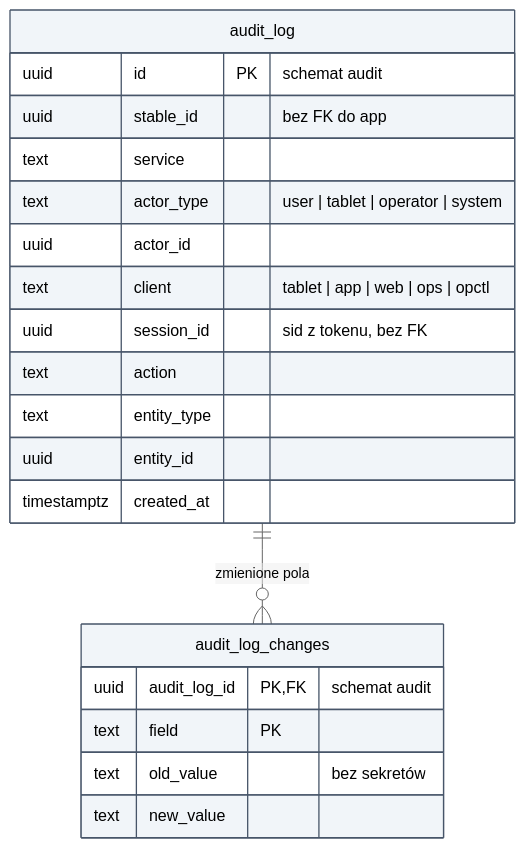
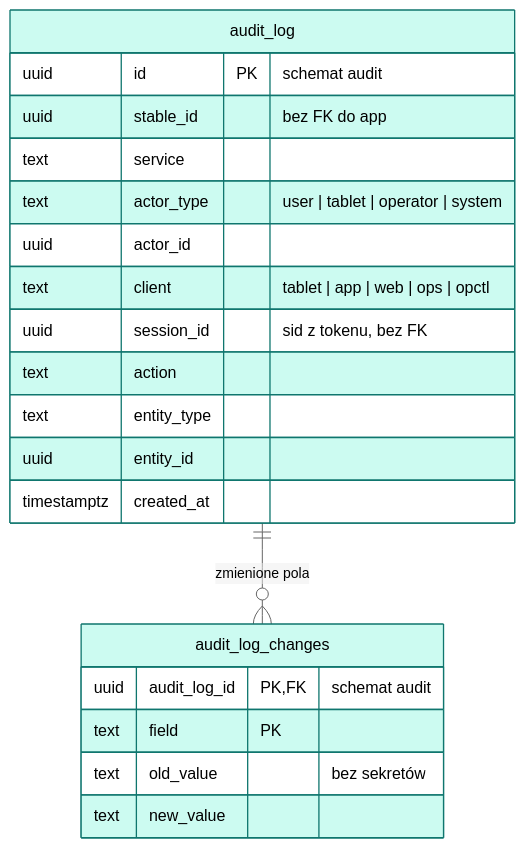
The second of 2 diagrams in docs/erd.md (ClewlerStudent/KonskaAppka), drawn with Mermaid (neutral theme) before and after one commit. The commit also changed other lines of this file and 11 other files, not shown here.

````diff
--- a/docs/erd.md
+++ b/docs/erd.md
@@ -962,25 +965,25 @@
 ```mermaid
 erDiagram
     audit_log {
         uuid id PK "schemat audit"
         uuid stable_id "bez FK do app"
         text service
         text actor_type "user | tablet | operator | system"
         uuid actor_id
         text client "tablet | app | web | ops | opctl"
         uuid session_id "sid z tokenu, bez FK"
         text action
         text entity_type
         uuid entity_id
         timestamptz created_at
     }
     audit_log_changes {
         uuid audit_log_id PK, FK "schemat audit"
         text field PK
         text old_value "bez sekretów"
         text new_value
     }
     audit_log ||--o{ audit_log_changes : "zmienione pola"
-    classDef svc_platform fill:#f1f5f9,stroke:#475569
+    classDef svc_platform fill:#ccfbf1,stroke:#0f766e
     class audit_log,audit_log_changes svc_platform
 ```
````
